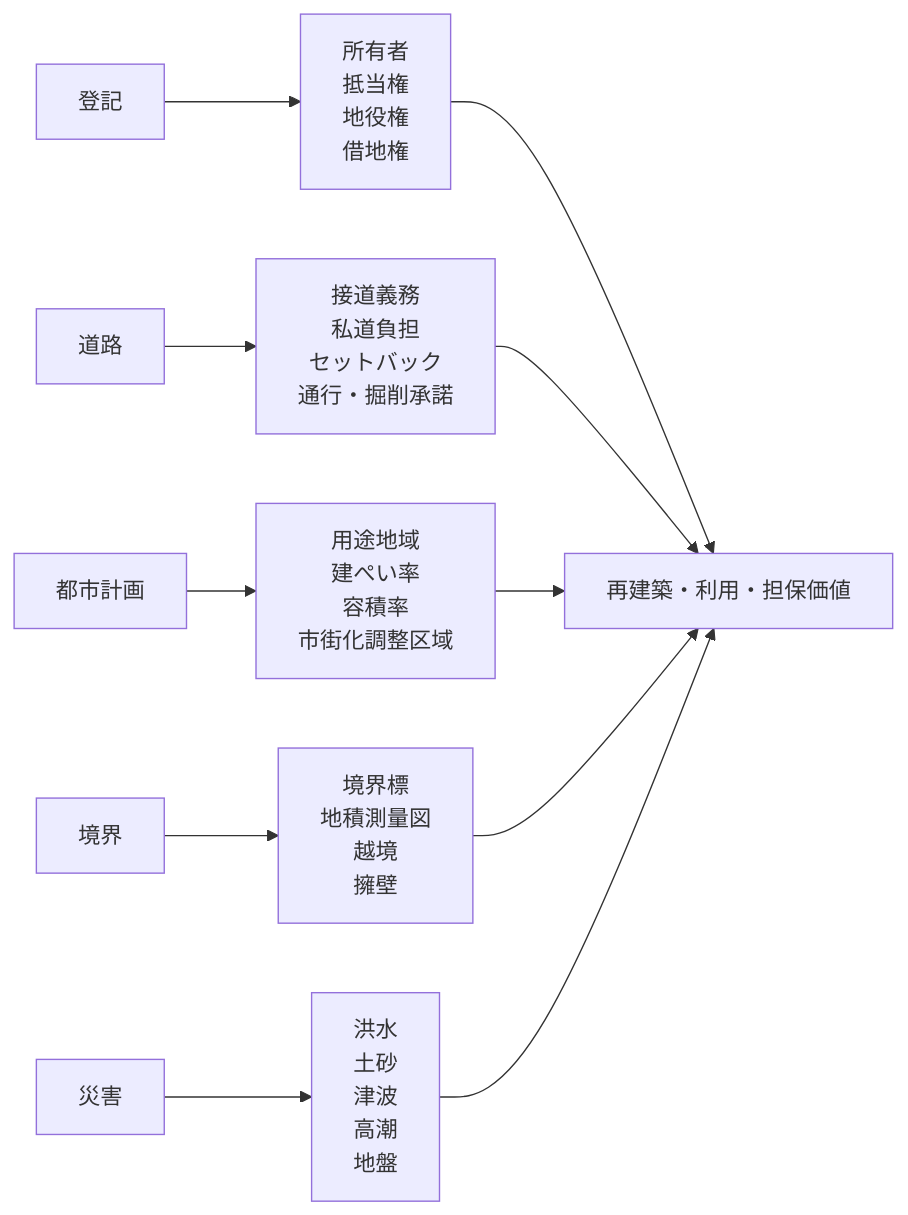
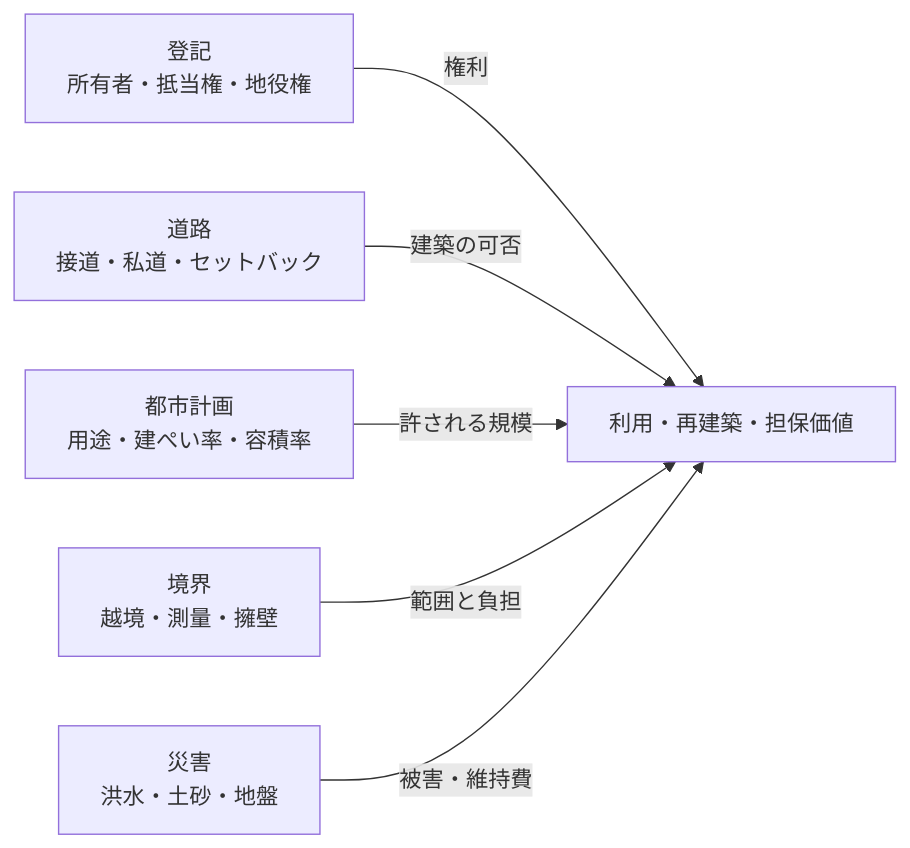
One commit to daylight55/research changed the second of 2 diagrams in articles/report/detached-house-purchase-checklist/ja/index.mdx. Above: the diagram before and after it, drawn with Mermaid. The commit also changed other lines of this file and 181 other files, not shown here.

First line of the commit message:
全記事の図解368点を再生成し、共通注意書きを削除 (#402)

````diff
--- a/articles/report/detached-house-purchase-checklist/ja/index.mdx
+++ b/articles/report/detached-house-purchase-checklist/ja/index.mdx
@@ -119,13 +122,16 @@
 ```mermaid
 flowchart LR
-  A["登記"] --> A1["所有者<br/>抵当権<br/>地役権<br/>借地権"]
-  B["道路"] --> B1["接道義務<br/>私道負担<br/>セットバック<br/>通行・掘削承諾"]
-  C["都市計画"] --> C1["用途地域<br/>建ぺい率<br/>容積率<br/>市街化調整区域"]
-  D["境界"] --> D1["境界標<br/>地積測量図<br/>越境<br/>擁壁"]
-  E["災害"] --> E1["洪水<br/>土砂<br/>津波<br/>高潮<br/>地盤"]
-  A1 --> F["再建築・利用・担保価値"]
-  B1 --> F
-  C1 --> F
-  D1 --> F
-  E1 --> F
+  accTitle: 土地の利用・再建築を左右する調査項目
+  accDescr: 登記、接道、都市計画、境界、災害を別々に調べ、利用可能性と担保価値への影響を確認する。
+  N0["登記<br/>所有者・抵当権・地役権"]
+  N1["道路<br/>接道・私道・セットバック"]
+  N2["都市計画<br/>用途・建ぺい率・容積率"]
+  N3["境界<br/>越境・測量・擁壁"]
+  N4["災害<br/>洪水・土砂・地盤"]
+  N5["利用・再建築・担保価値"]
+  N0 -->|権利| N5
+  N1 -->|建築の可否| N5
+  N2 -->|許される規模| N5
+  N3 -->|範囲と負担| N5
+  N4 -->|被害・維持費| N5
 ```
````
